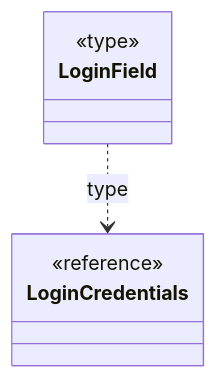
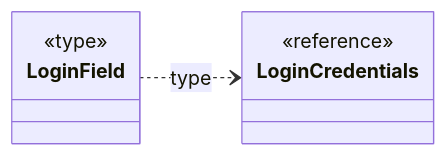
The fifth of 21 diagrams in front/docs/architecture/views/logical/type-reference/auth.md (gpgsistemas01/nexus), drawn with Mermaid before and after one commit. The commit also changed other lines of this file and 37 other files, not shown here.

Commit message:
docs: depurar diagramas y conservar contratos propios del frontend

````diff
--- a/front/docs/architecture/views/logical/type-reference/auth.md
+++ b/front/docs/architecture/views/logical/type-reference/auth.md
@@ -133,11 +121,11 @@
 ```mermaid
 classDiagram
-    direction TB
+    direction LR
     class Subject["LoginField"] {
         <<type>>
     }
     class R0["LoginCredentials"] {
         <<reference>>
     }
     Subject ..> R0 : type
 ```
````
